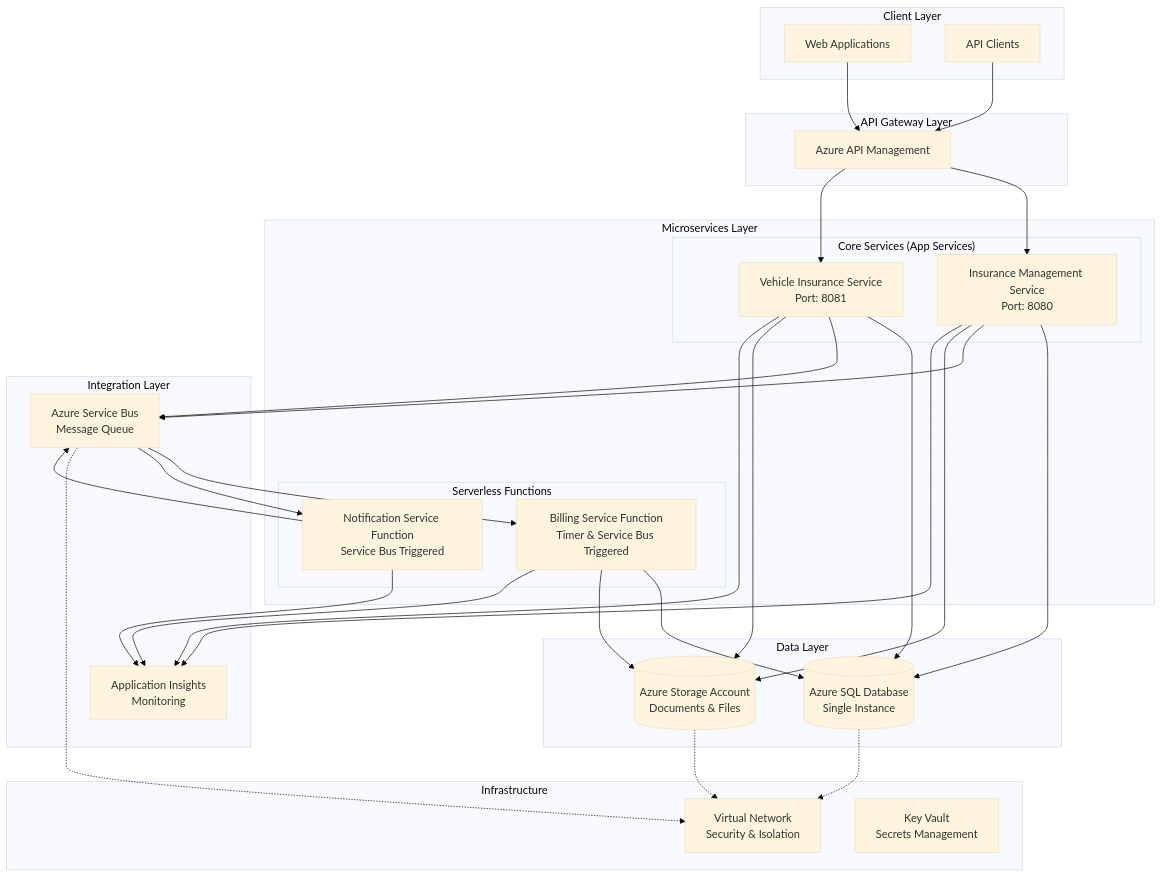
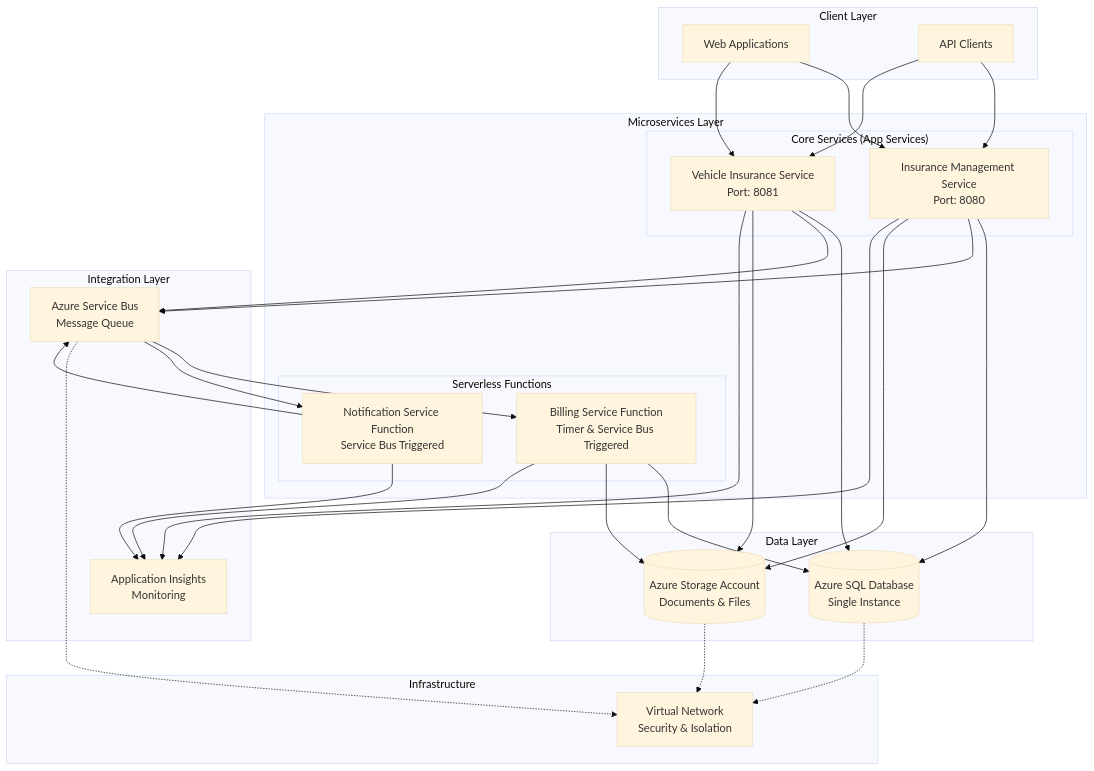
Before and after one commit to eramax/if-insurance: the first of 3 diagrams in README.md, drawn with Mermaid (base theme). The commit also changed other lines of this file and 8 other files, not shown here.

````diff
--- a/README.md
+++ b/README.md
@@ -7,66 +7,61 @@
 ```mermaid
 graph TB
     subgraph "Client Layer"
         WEB[Web Applications]
         API_CLIENT[API Clients]
-    end
-
-    subgraph "API Gateway Layer"
-        APIM[Azure API Management]
     end
 
     subgraph "Microservices Layer"
         subgraph "Core Services (App Services)"
             IMS[Insurance Management Service<br/>Port: 8080]
             VIS[Vehicle Insurance Service<br/>Port: 8081]
         end
 
         subgraph "Serverless Functions"
             BILLING[Billing Service Function<br/>Timer & Service Bus Triggered]
             NOTIFY[Notification Service Function<br/>Service Bus Triggered]
         end
     end
 
     subgraph "Data Layer"
         SQL[(Azure SQL Database<br/>Single Instance)]
         STORAGE[(Azure Storage Account<br/>Documents & Files)]
     end
 
     subgraph "Integration Layer"
         SB[Azure Service Bus<br/>Message Queue]
         AI[Application Insights<br/>Monitoring]
     end
 
     subgraph "Infrastructure"
         VNET[Virtual Network<br/>Security & Isolation]
-        KV[Key Vault<br/>Secrets Management]
     end
 
-    WEB --> APIM
-    API_CLIENT --> APIM
-    APIM --> IMS
-    APIM --> VIS
+    WEB --> IMS
+    API_CLIENT --> IMS
+    WEB --> VIS
+    API_CLIENT --> VIS
 
     IMS --> SQL
     VIS --> SQL
     IMS --> SB
     VIS --> SB
 
     SB --> BILLING
     SB --> NOTIFY
     BILLING --> SQL
     BILLING --> STORAGE
     NOTIFY --> SB
 
     IMS --> STORAGE
     VIS --> STORAGE
 
     IMS --> AI
     VIS --> AI
     BILLING --> AI
     NOTIFY --> AI
 
     SQL -.-> VNET
     STORAGE -.-> VNET
     SB -.-> VNET
 ```
````
